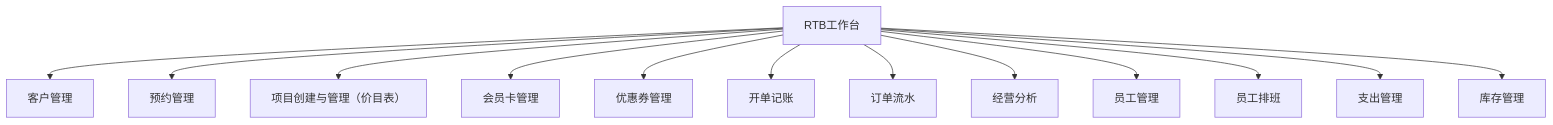
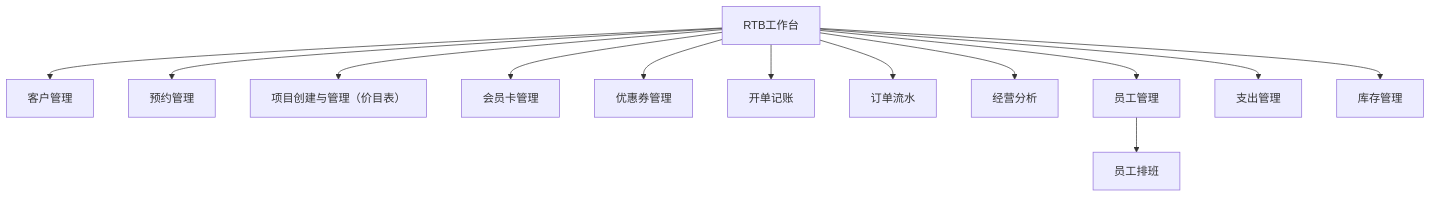
One commit to XDean-Designer/card changed the second of 10 diagrams in RTB产品计划概览.md. Above: the diagram before and after it, drawn with Mermaid. The commit also changed other lines of this file and 2 other files, not shown here.

First line of the commit message:
Nest employee scheduling under staff management in the product plan.

````diff
--- a/RTB产品计划概览.md
+++ b/RTB产品计划概览.md
@@ -73,16 +71,16 @@
 ```mermaid
 flowchart TB
   wb[RTB工作台]
   wb --> cust[客户管理]
   wb --> appt[预约管理]
   wb --> price[项目创建与管理（价目表）]
   wb --> card[会员卡管理]
   wb --> coupon[优惠券管理]
   wb --> bill[开单记账]
   wb --> flow[订单流水]
   wb --> biz[经营分析]
   wb --> staff[员工管理]
-  wb --> sch[员工排班]
+  staff --> sch[员工排班]
   wb --> exp[支出管理]
   wb --> stock[库存管理]
 ```
````
